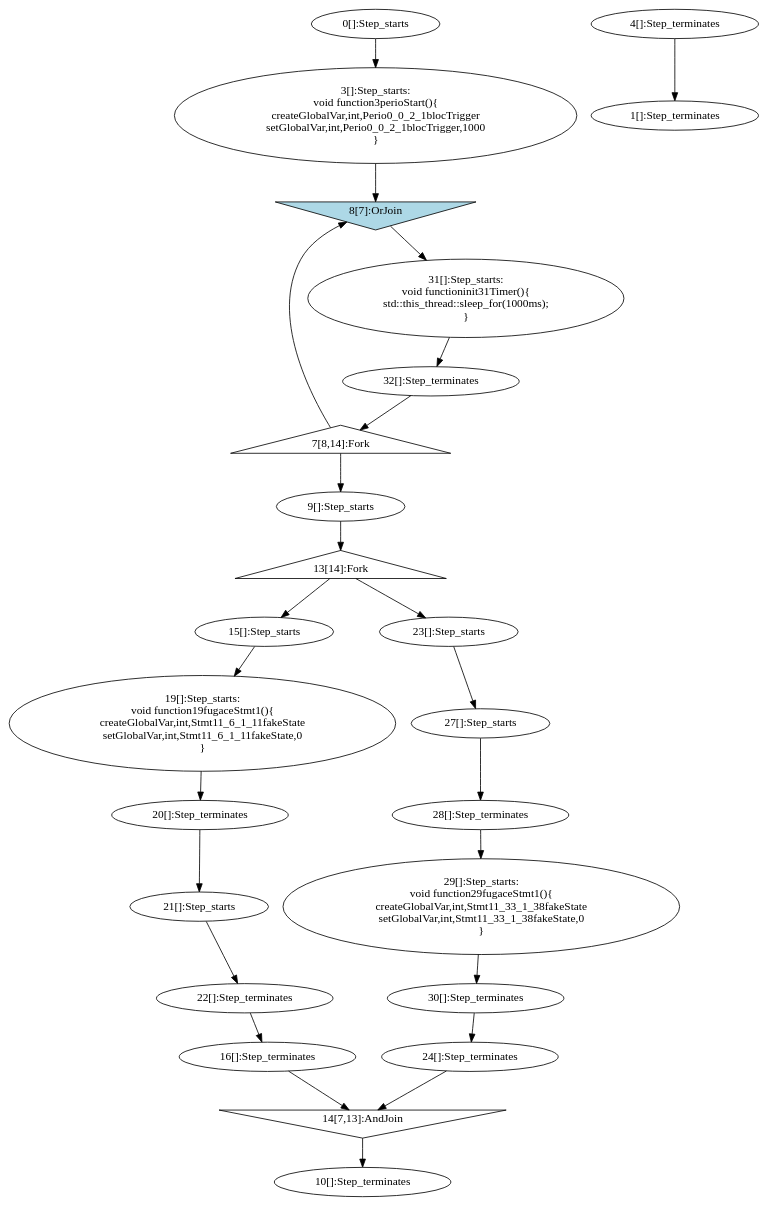
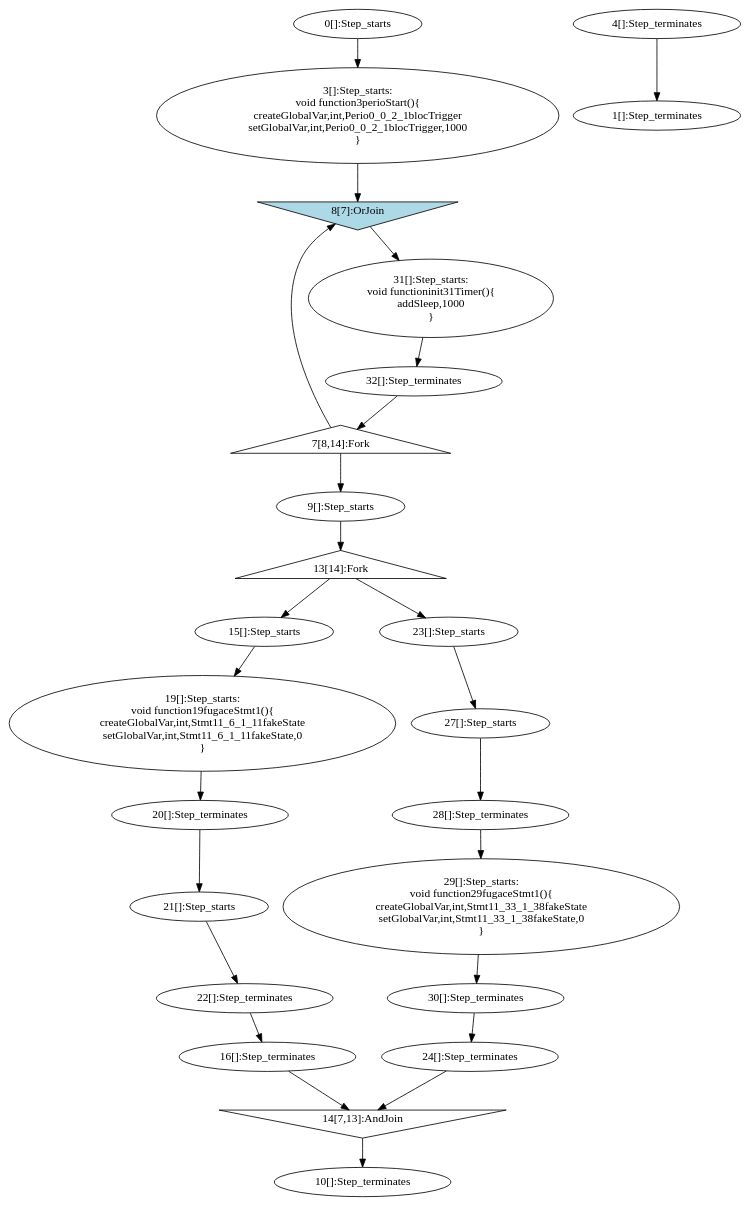
Before and after one commit to jdeantoni/TCOS.lang: the diagram in examples/programs/generated/test1.dot, drawn with Graphviz. The commit also changed 26 other files, not shown here.

```diff
--- a/examples/programs/generated/test1.dot
+++ b/examples/programs/generated/test1.dot
@@ -1,65 +1,65 @@
 digraph G {
   "0" [label="0[]:Step_starts" shape="ellipse" ];
   "1" [label="1[]:Step_terminates" shape="ellipse" ];
   "3" [label="3[]:Step_starts:
 void function3perioStart(){
 createGlobalVar,int,Perio0_0_2_1blocTrigger
 setGlobalVar,int,Perio0_0_2_1blocTrigger,1000
 }" shape="ellipse" ];
   "4" [label="4[]:Step_terminates" shape="ellipse" ];
   "7" [label="7[8,14]:Fork" shape="triangle" ];
   "8" [label="8[7]:OrJoin" shape="invtriangle" style="filled" fillcolor="lightblue"];
   "31" [label="31[]:Step_starts:
 void functioninit31Timer(){
-std::this_thread::sleep_for(1000ms);
+addSleep,1000
 }" shape="ellipse" ];
   "32" [label="32[]:Step_terminates" shape="ellipse" ];
   "9" [label="9[]:Step_starts" shape="ellipse" ];
   "10" [label="10[]:Step_terminates" shape="ellipse" ];
   "13" [label="13[14]:Fork" shape="triangle" ];
   "14" [label="14[7,13]:AndJoin" shape="invtriangle" ];
   "15" [label="15[]:Step_starts" shape="ellipse" ];
   "16" [label="16[]:Step_terminates" shape="ellipse" ];
   "23" [label="23[]:Step_starts" shape="ellipse" ];
   "24" [label="24[]:Step_terminates" shape="ellipse" ];
   "19" [label="19[]:Step_starts:
 void function19fugaceStmt1(){
 createGlobalVar,int,Stmt11_6_1_11fakeState
 setGlobalVar,int,Stmt11_6_1_11fakeState,0
 }" shape="ellipse" ];
   "20" [label="20[]:Step_terminates" shape="ellipse" ];
   "21" [label="21[]:Step_starts" shape="ellipse" ];
   "22" [label="22[]:Step_terminates" shape="ellipse" ];
   "27" [label="27[]:Step_starts" shape="ellipse" ];
   "28" [label="28[]:Step_terminates" shape="ellipse" ];
   "29" [label="29[]:Step_starts:
 void function29fugaceStmt1(){
 createGlobalVar,int,Stmt11_33_1_38fakeState
 setGlobalVar,int,Stmt11_33_1_38fakeState,0
 }" shape="ellipse" ];
   "30" [label="30[]:Step_terminates" shape="ellipse" ];
   "0" -> "3" [label=""];
   "4" -> "1" [label=""];
   "3" -> "8" [label=""];
   "32" -> "7" [label=""];
   "7" -> "9" [label=""];
   "7" -> "8" [label=""];
   "8" -> "31" [label=""];
   "31" -> "32" [label=""];
   "9" -> "13" [label=""];
   "13" -> "15" [label=""];
   "13" -> "23" [label=""];
   "16" -> "14" [label=""];
   "24" -> "14" [label=""];
   "14" -> "10" [label=""];
   "15" -> "19" [label=""];
   "20" -> "21" [label=""];
   "22" -> "16" [label=""];
   "23" -> "27" [label=""];
   "28" -> "29" [label=""];
   "30" -> "24" [label=""];
   "19" -> "20" [label=""];
   "21" -> "22" [label=""];
   "27" -> "28" [label=""];
   "29" -> "30" [label=""];
 }
```
